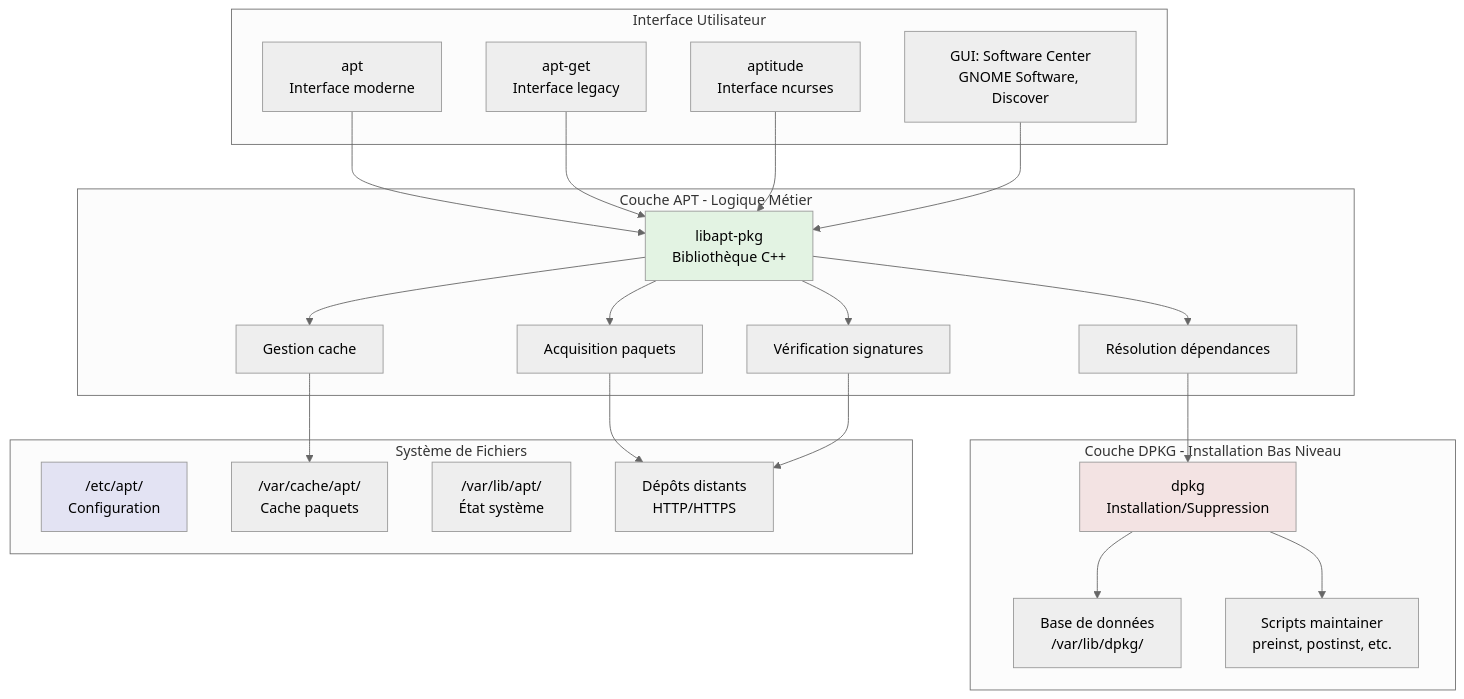
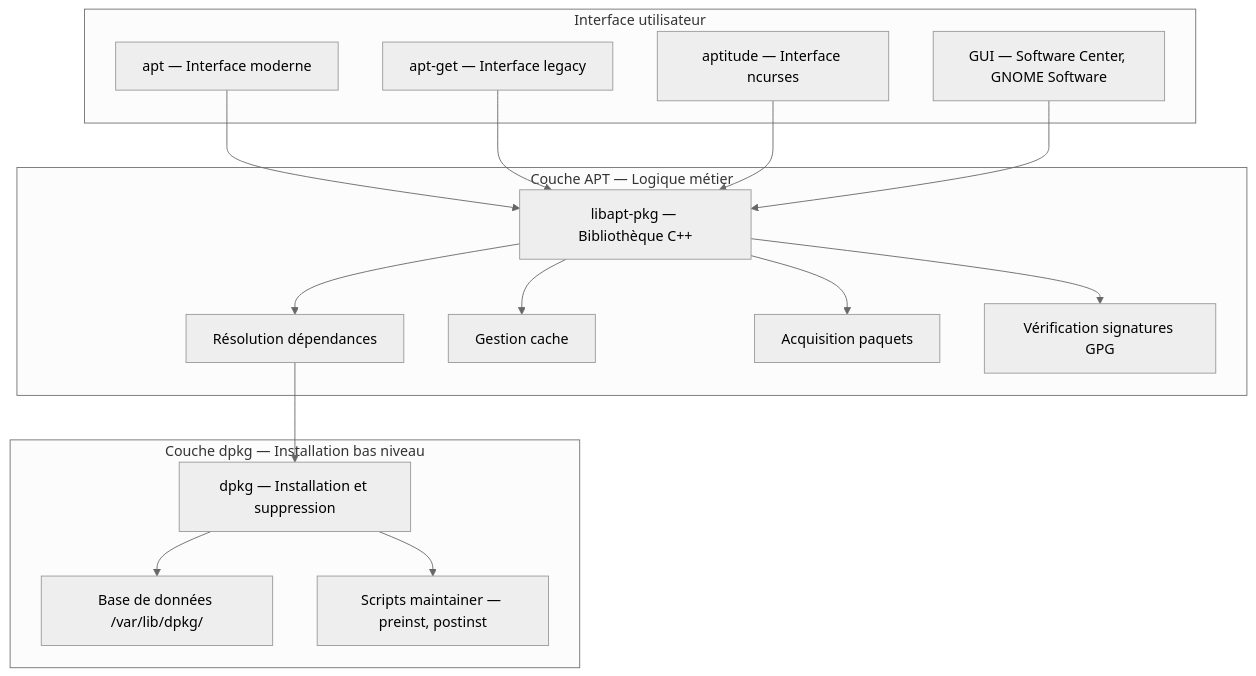
One commit to zyrass/omnydocs changed the first of 2 diagrams in docs/bases/paquets/apt-debian.md. Above: the diagram before and after it, drawn with Mermaid (neutral theme). The commit also changed other lines of this file and 671 other files, not shown here.

````diff
--- a/docs/bases/paquets/apt-debian.md
+++ b/docs/bases/paquets/apt-debian.md
@@ -34,52 +45,37 @@
 ```mermaid
-graph TB
-    subgraph "Interface Utilisateur"
-        A1["apt<br/>Interface moderne"]
-        A2["apt-get<br/>Interface legacy"]
-        A3["aptitude<br/>Interface ncurses"]
-        A4["GUI: Software Center<br/>GNOME Software, Discover"]
+flowchart TB
+    subgraph "Interface utilisateur"
+        A1["apt — Interface moderne"]
+        A2["apt-get — Interface legacy"]
+        A3["aptitude — Interface ncurses"]
+        A4["GUI — Software Center, GNOME Software"]
     end
-    
-    subgraph "Couche APT - Logique Métier"
-        B1["libapt-pkg<br/>Bibliothèque C++"]
+
+    subgraph "Couche APT — Logique métier"
+        B1["libapt-pkg — Bibliothèque C++"]
         B2["Résolution dépendances"]
         B3["Gestion cache"]
         B4["Acquisition paquets"]
-        B5["Vérification signatures"]
+        B5["Vérification signatures GPG"]
     end
-    
-    subgraph "Couche DPKG - Installation Bas Niveau"
-        C1["dpkg<br/>Installation/Suppression"]
-        C2["Base de données<br/>/var/lib/dpkg/"]
-        C3["Scripts maintainer<br/>preinst, postinst, etc."]
+
+    subgraph "Couche dpkg — Installation bas niveau"
+        C1["dpkg — Installation et suppression"]
+        C2["Base de données /var/lib/dpkg/"]
+        C3["Scripts maintainer — preinst, postinst"]
     end
-    
-    subgraph "Système de Fichiers"
-        D1["/etc/apt/<br/>Configuration"]
-        D2["/var/cache/apt/<br/>Cache paquets"]
-        D3["/var/lib/apt/<br/>État système"]
-        D4["Dépôts distants<br/>HTTP/HTTPS"]
-    end
-    
+
     A1 --> B1
     A2 --> B1
     A3 --> B1
     A4 --> B1
-    
+
     B1 --> B2
     B1 --> B3
     B1 --> B4
     B1 --> B5
-    
+
     B2 --> C1
-    B3 --> D2
-    B4 --> D4
-    B5 --> D4
-    
     C1 --> C2
     C1 --> C3
-    
-    style B1 fill:#e3f3e3
-    style C1 fill:#f3e3e3
-    style D1 fill:#e3e3f3
 ```
````
